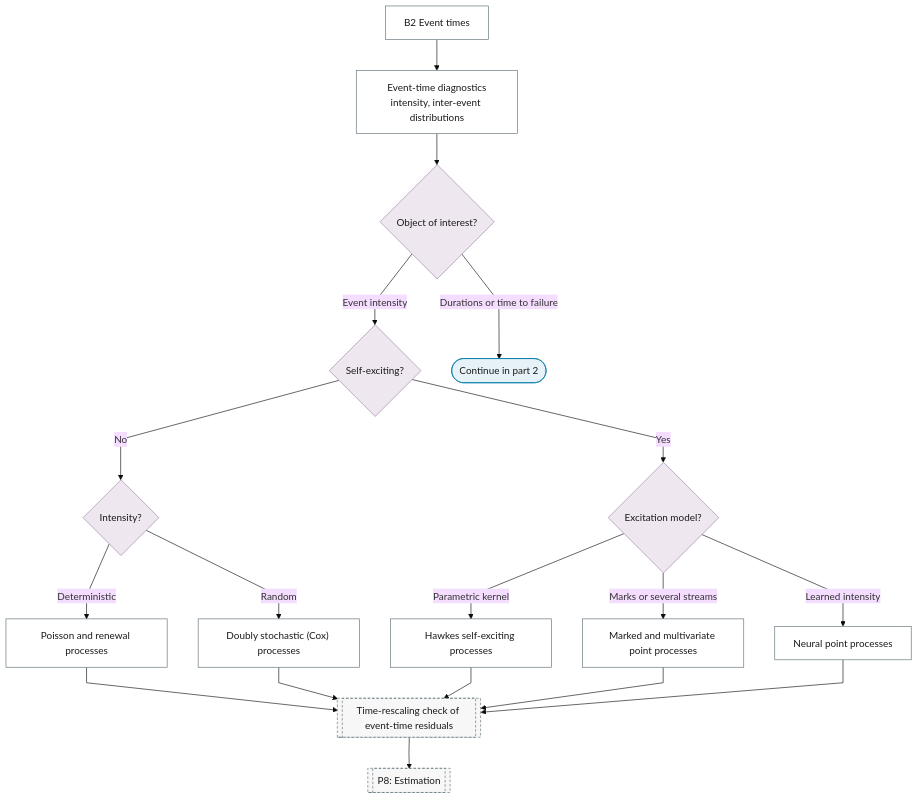
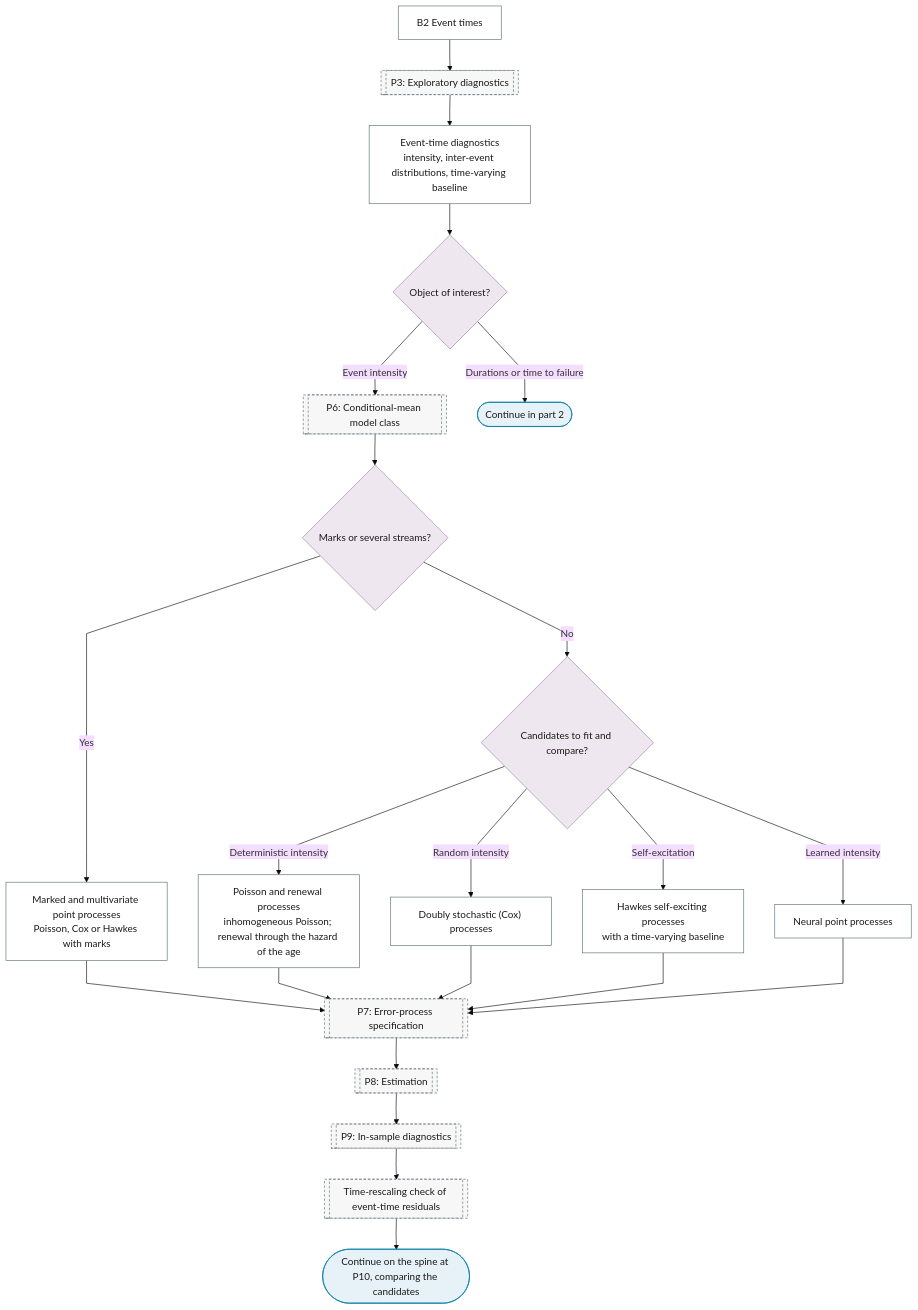
The first of 2 diagrams in docs/reference/17-point-processes/index.md (Shuxin-Y/time-series-analysis-manual), drawn with Mermaid (base theme) before and after one commit. The commit also changed other lines of this file and 8 other files, not shown here.

````diff
--- a/docs/reference/17-point-processes/index.md
+++ b/docs/reference/17-point-processes/index.md
@@ -9,29 +9,33 @@
 ```mermaid
 %%{init: {"flowchart": {"curve": "linear"}}}%%
 graph TD
-    B2["B2 Event times"] --> B2_EVENT_EDA["Event-time diagnostics<br/>intensity, inter-event distributions"]
+    B2["B2 Event times"] --> P3[["P3: Exploratory diagnostics"]]
+    P3 --> B2_EVENT_EDA["Event-time diagnostics<br/>intensity, inter-event distributions, time-varying baseline"]
     B2_EVENT_EDA --> B2_QUESTION{"Object of interest?"}
-    B2_QUESTION -->|"Event intensity"| B2_CLUSTERING{"Self-exciting?"}
+    B2_QUESTION -->|"Event intensity"| P6[["P6: Conditional-mean model class"]]
     B2_QUESTION -->|"Durations or time to failure"| B2_TO_PART_2(["Continue in part 2"])
-    B2_CLUSTERING -->|"No"| B2_BASELINE{"Intensity?"}
-    B2_CLUSTERING -->|"Yes"| B2_EXCITATION{"Excitation model?"}
-    B2_BASELINE -->|"Deterministic"| B2_POISSON["Poisson and renewal processes"]
-    B2_BASELINE -->|"Random"| B2_COX["Doubly stochastic (Cox) processes"]
-    B2_EXCITATION -->|"Parametric kernel"| B2_HAWKES["Hawkes self-exciting processes"]
-    B2_EXCITATION -->|"Marks or several streams"| B2_MARKED["Marked and multivariate point processes"]
-    B2_EXCITATION -->|"Learned intensity"| B2_NEURAL_PP["Neural point processes"]
-    B2_POISSON & B2_COX & B2_HAWKES & B2_MARKED & B2_NEURAL_PP --> P7_RESCALING[["Time-rescaling check of event-time residuals"]]
-    P7_RESCALING --> P8[["P8: Estimation"]]
-    class B2_TO_PART_2 terminator
-    class B2_QUESTION,B2_CLUSTERING,B2_BASELINE,B2_EXCITATION decision
-    class B2,B2_EVENT_EDA,B2_POISSON,B2_COX,B2_HAWKES,B2_MARKED,B2_NEURAL_PP process
-    class P7_RESCALING,P8 ref
+    P6 --> B2_MARKS{"Marks or several streams?"}
+    B2_MARKS -->|"Yes"| B2_MARKED["Marked and multivariate point processes<br/>Poisson, Cox or Hawkes with marks"]
+    B2_MARKS -->|"No"| B2_CANDIDATES{"Candidates to fit and compare?"}
+    B2_CANDIDATES -->|"Deterministic intensity"| B2_POISSON["Poisson and renewal processes<br/>inhomogeneous Poisson; renewal through the hazard of the age"]
+    B2_CANDIDATES -->|"Random intensity"| B2_COX["Doubly stochastic (Cox) processes"]
+    B2_CANDIDATES -->|"Self-excitation"| B2_HAWKES["Hawkes self-exciting processes<br/>with a time-varying baseline"]
+    B2_CANDIDATES -->|"Learned intensity"| B2_NEURAL_PP["Neural point processes"]
+    B2_MARKED & B2_POISSON & B2_COX & B2_HAWKES & B2_NEURAL_PP --> P7[["P7: Error-process specification"]]
+    P7 --> P8[["P8: Estimation"]]
+    P8 --> P9[["P9: In-sample diagnostics"]]
+    P9 --> P7_RESCALING[["Time-rescaling check of event-time residuals"]]
+    P7_RESCALING --> B2_OUT(["Continue on the spine at P10, comparing the candidates"])
+    class B2_TO_PART_2,B2_OUT terminator
+    class B2_QUESTION,B2_MARKS,B2_CANDIDATES decision
+    class B2,B2_EVENT_EDA,B2_MARKED,B2_POISSON,B2_COX,B2_HAWKES,B2_NEURAL_PP process
+    class P3,P6,P7,P8,P9,P7_RESCALING ref
     classDef terminator fill:#E6F2F7,stroke:#007BA7,color:#1A1A1A;
     classDef process fill:#FFFFFF,stroke:#5A6B73,color:#1A1A1A;
     classDef decision fill:#EFE7F0,stroke:#9B7FA7,color:#1A1A1A;
     classDef data fill:#FFF4E0,stroke:#C9A55E,color:#1A1A1A;
     classDef good fill:#DCEFD8,stroke:#4A7A3F,color:#1A1A1A;
     classDef escalate fill:#FFE9C2,stroke:#C9A55E,color:#1A1A1A;
     classDef problem fill:#F2D9DE,stroke:#800020,color:#1A1A1A;
     classDef ref fill:#F7F7F7,stroke:#5A6B73,color:#1A1A1A,stroke-dasharray:4 3;
 ```
````
